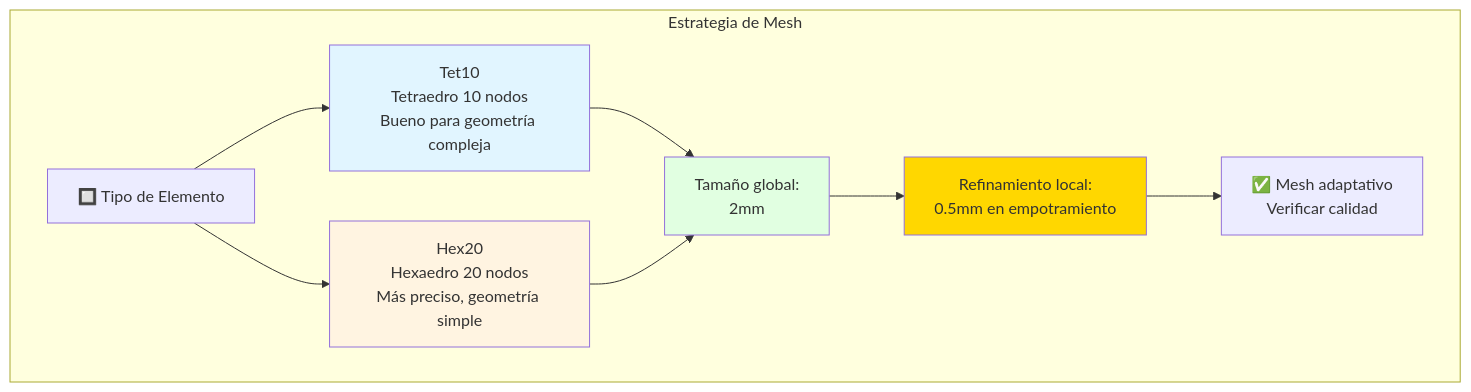
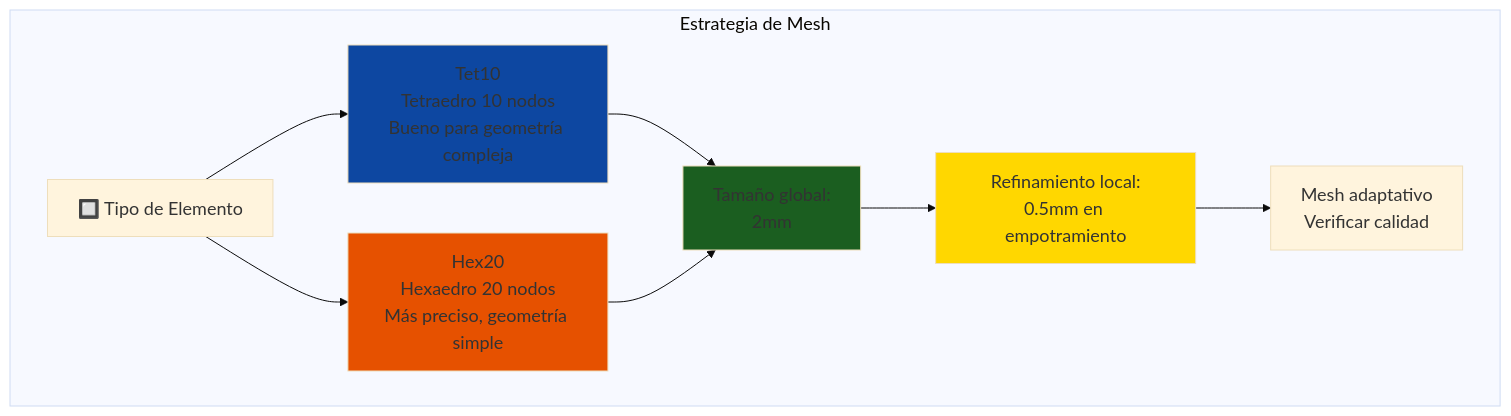
Before and after one commit to Ai-Whisperers/Courses-Content: diagram 11 of 18 in courses/🟡-development/FPUNA-2026/03-INGENIERIA-AERONAUTICA/03-estructuras-materiales.md, drawn with Mermaid. The commit also changed other lines of this file and 47 other files, not shown here.

First line of the commit message:
fix: Make all 473 diagrams WCAG AAA accessible (FPUNA-2026)

````diff
--- a/courses/🟡-development/FPUNA-2026/03-INGENIERIA-AERONAUTICA/03-estructuras-materiales.md
+++ b/courses/🟡-development/FPUNA-2026/03-INGENIERIA-AERONAUTICA/03-estructuras-materiales.md
@@ -710,21 +720,22 @@
 ```mermaid
+%%{init: {'theme':'base', 'themeVariables': {'fontSize':'18px'}}}%%
 graph TD
     subgraph "Estrategia de Mesh"
         A[🔲 Tipo de Elemento]
         
         A --> B[Tet10<br/>Tetraedro 10 nodos<br/>Bueno para geometría compleja]
         A --> C[Hex20<br/>Hexaedro 20 nodos<br/>Más preciso, geometría simple]
         
         B --> D[Tamaño global:<br/>2mm]
         C --> D
         
         D --> E[Refinamiento local:<br/>0.5mm en empotramiento]
         
-        E --> F[✅ Mesh adaptativo<br/>Verificar calidad]
+        E --> F[Mesh adaptativo<br/>Verificar calidad]
     end
     
-    style B fill:#E1F5FF
-    style C fill:#FFF4E1
-    style D fill:#E1FFE1
+    style B fill:#0d47a1
+    style C fill:#e65100
+    style D fill:#1b5e20
     style E fill:#FFD700
 ```
````
